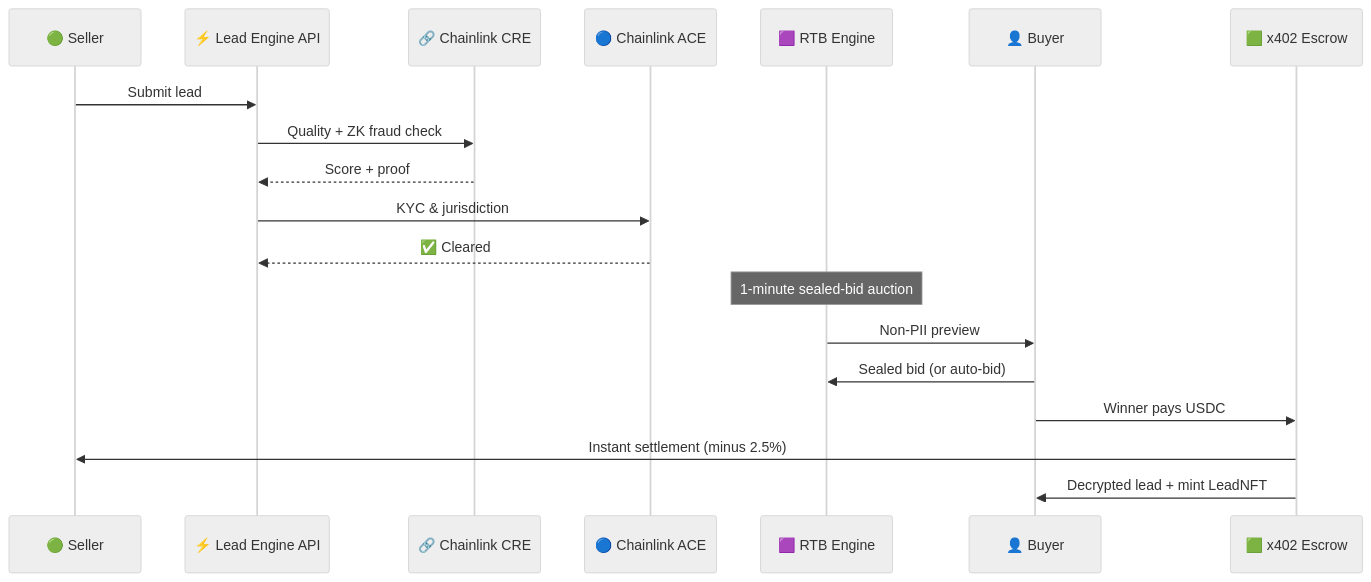
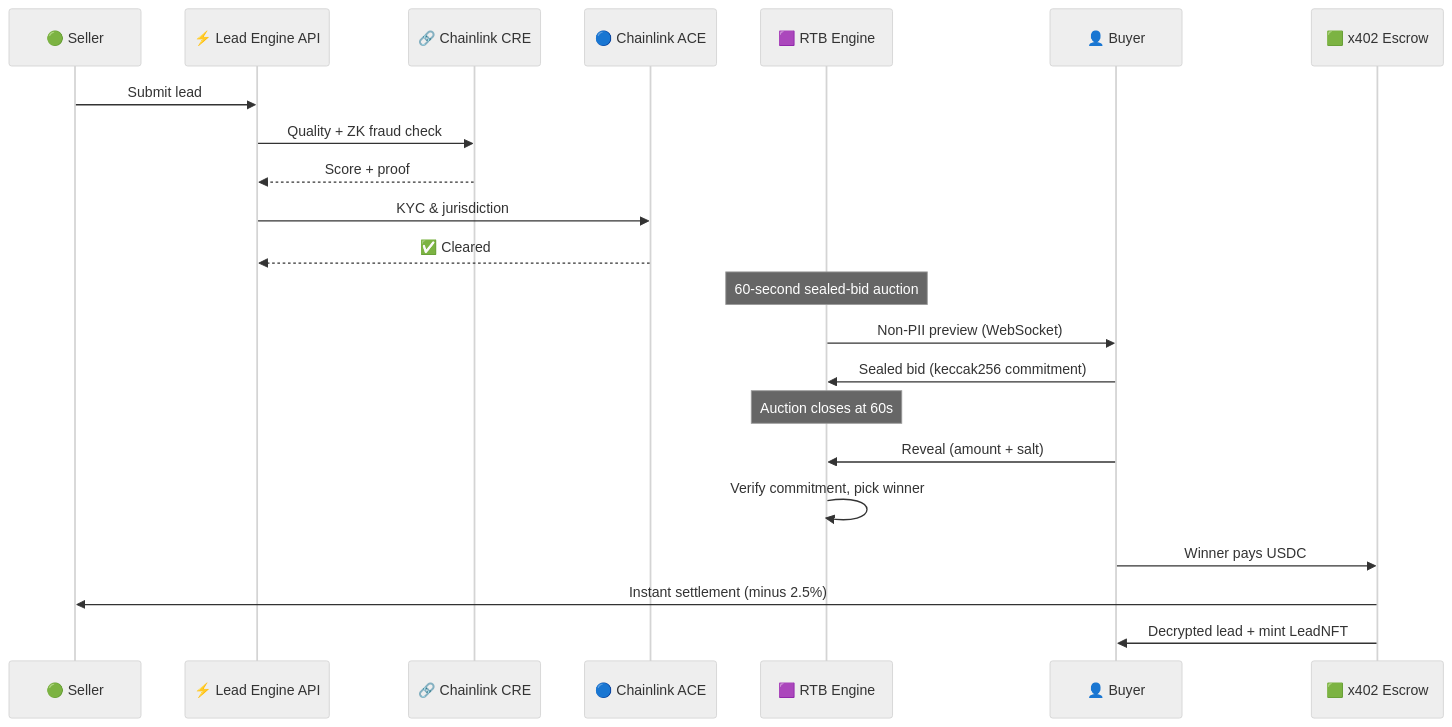
One commit to bnmbnmai/lead-engine-cre changed the diagram in README.md. Above: the diagram before and after it, drawn with Mermaid (neutral theme). The commit also changed 11 other files, not shown here.

Commit message:
simplify auction to single 60s sealed-bid flow, restore commit-reveal

````diff
--- a/README.md
+++ b/README.md
@@ -51,25 +51,30 @@
 ```mermaid
 sequenceDiagram
     participant S as 🟢 Seller
     participant API as ⚡ Lead Engine API
     participant CRE as 🔗 Chainlink CRE
     participant ACE as 🔵 Chainlink ACE
     participant RTB as 🟪 RTB Engine
     participant B as 👤 Buyer
     participant X as 🟩 x402 Escrow
 
     S->>API: Submit lead
     API->>CRE: Quality + ZK fraud check
     CRE-->>API: Score + proof
     API->>ACE: KYC & jurisdiction
     ACE-->>API: ✅ Cleared
 
-    Note over RTB: 1-minute sealed-bid auction
+    Note over RTB: 60-second sealed-bid auction
 
-    RTB->>B: Non-PII preview
-    B->>RTB: Sealed bid (or auto-bid)
+    RTB->>B: Non-PII preview (WebSocket)
+    B->>RTB: Sealed bid (keccak256 commitment)
+
+    Note over RTB: Auction closes at 60s
+
+    B->>RTB: Reveal (amount + salt)
+    RTB->>RTB: Verify commitment, pick winner
 
     B->>X: Winner pays USDC
     X->>S: Instant settlement (minus 2.5%)
     X->>B: Decrypted lead + mint LeadNFT
 ```
````
